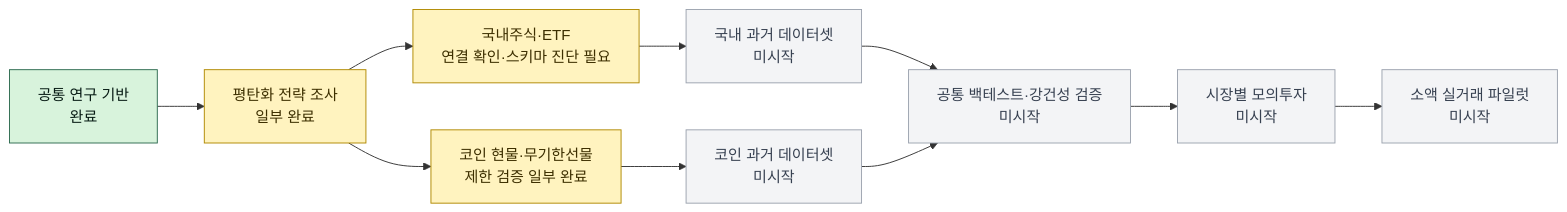
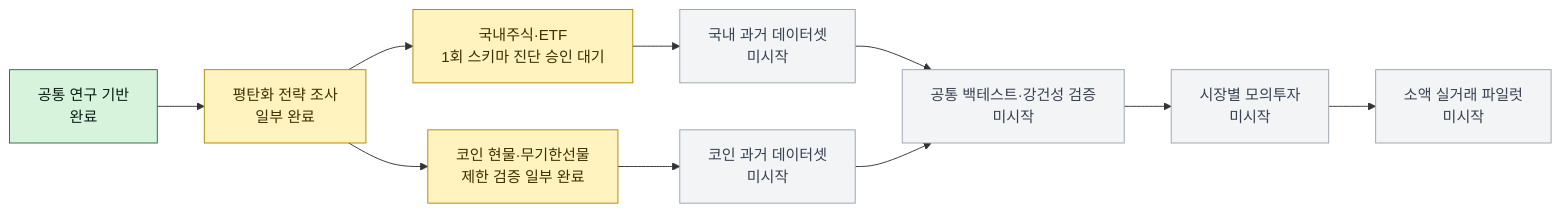
Before and after one commit to jhg6636/autotrade-lab: the diagram in README.md, drawn with Mermaid. The commit also changed other lines of this file and 5 other files, not shown here.

Commit message:
Prepare Gate E1 schema diagnostic

````diff
--- a/README.md
+++ b/README.md
@@ -17,22 +18,22 @@
 ```mermaid
 flowchart LR
     A["공통 연구 기반<br/>완료"] --> B["평탄화 전략 조사<br/>일부 완료"]
-    B --> K["국내주식·ETF<br/>연결 확인·스키마 진단 필요"]
+    B --> K["국내주식·ETF<br/>1회 스키마 진단 승인 대기"]
     B --> C["코인 현물·무기한선물<br/>제한 검증 일부 완료"]
     K --> KD["국내 과거 데이터셋<br/>미시작"]
     C --> CD["코인 과거 데이터셋<br/>미시작"]
     KD --> V["공통 백테스트·강건성 검증<br/>미시작"]
     CD --> V
     V --> P["시장별 모의투자<br/>미시작"]
     P --> L["소액 실거래 파일럿<br/>미시작"]
 
     classDef done fill:#d8f3dc,stroke:#2d6a4f,color:#081c15;
     classDef partial fill:#fff3bf,stroke:#b08900,color:#3d2f00;
     classDef current fill:#dbeafe,stroke:#2563eb,color:#172554,stroke-width:3px;
     classDef future fill:#f3f4f6,stroke:#9ca3af,color:#374151;
     class A done;
     class B partial;
     class C partial;
     class K partial;
     class KD,CD,V,P,L future;
 ```
````
